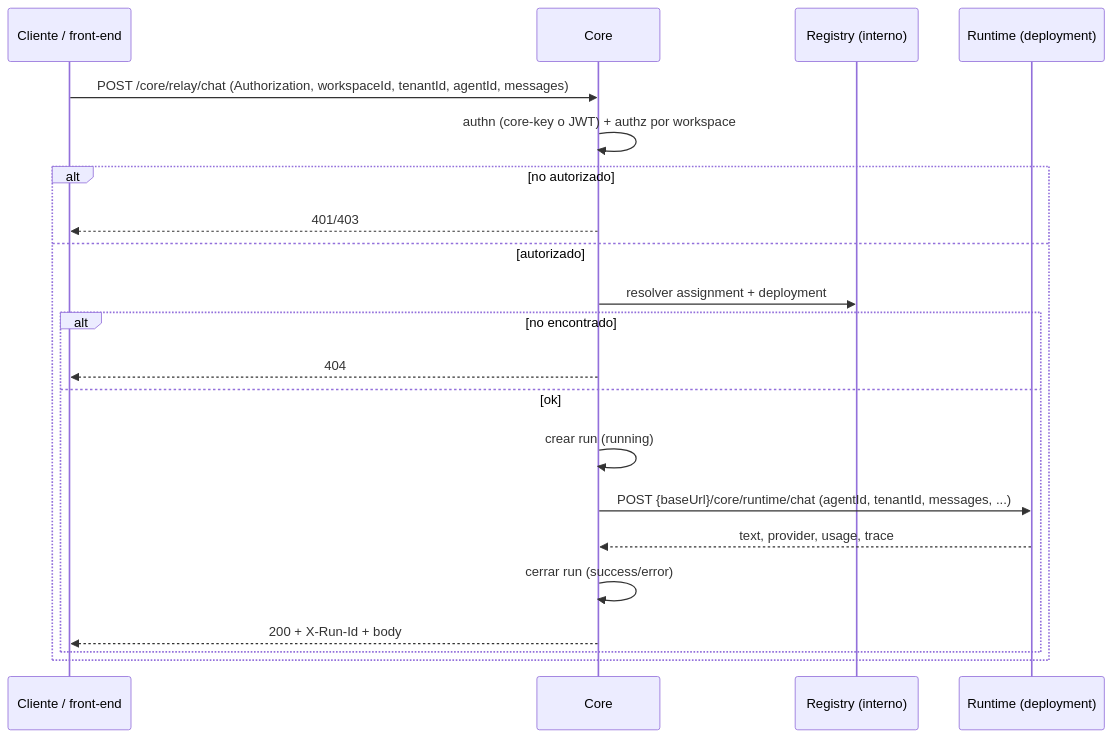
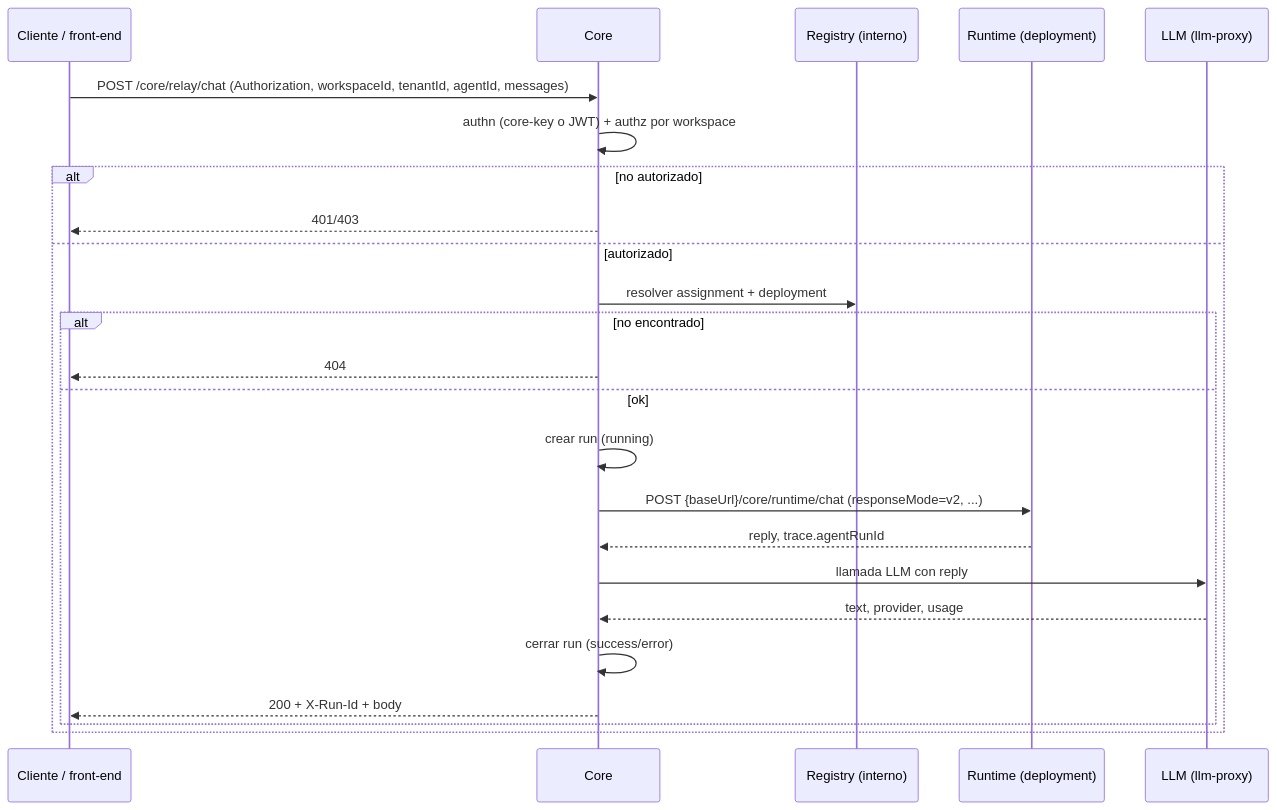
One commit to alvaroemur/ennui-agents-core changed the second of 4 diagrams in docs/playbook/architecture.md. Above: the diagram before and after it, drawn with Mermaid. The commit also changed other lines of this file and 33 other files, not shown here.

````diff
--- a/docs/playbook/architecture.md
+++ b/docs/playbook/architecture.md
@@ -93,24 +94,27 @@
 ```mermaid
 sequenceDiagram
     participant G as Cliente / front-end
     participant C as Core
     participant R as Registry (interno)
     participant RT as Runtime (deployment)
+    participant LLM as LLM (llm-proxy)
 
     G->>C: POST /core/relay/chat (Authorization, workspaceId, tenantId, agentId, messages)
     C->>C: authn (core-key o JWT) + authz por workspace
     alt no autorizado
         C-->>G: 401/403
     else autorizado
         C->>R: resolver assignment + deployment
         alt no encontrado
             C-->>G: 404
         else ok
             C->>C: crear run (running)
-            C->>RT: POST {baseUrl}/core/runtime/chat (agentId, tenantId, messages, ...)
-            RT-->>C: text, provider, usage, trace
+            C->>RT: POST {baseUrl}/core/runtime/chat (responseMode=v2, ...)
+            RT-->>C: reply, trace.agentRunId
+            C->>LLM: llamada LLM con reply
+            LLM-->>C: text, provider, usage
             C->>C: cerrar run (success/error)
             C-->>G: 200 + X-Run-Id + body
         end
     end
 ```
````
